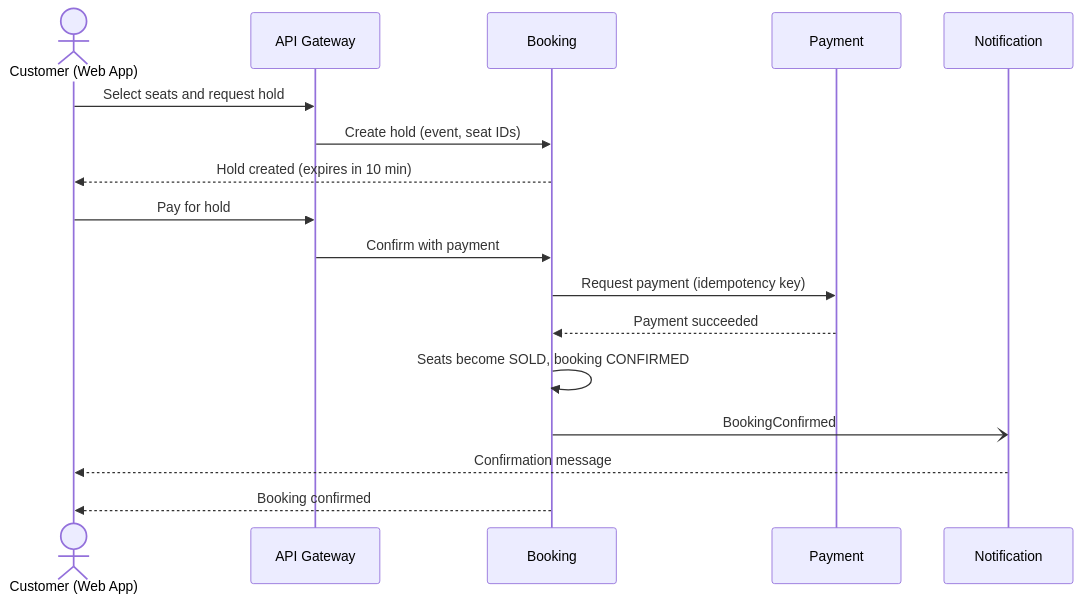
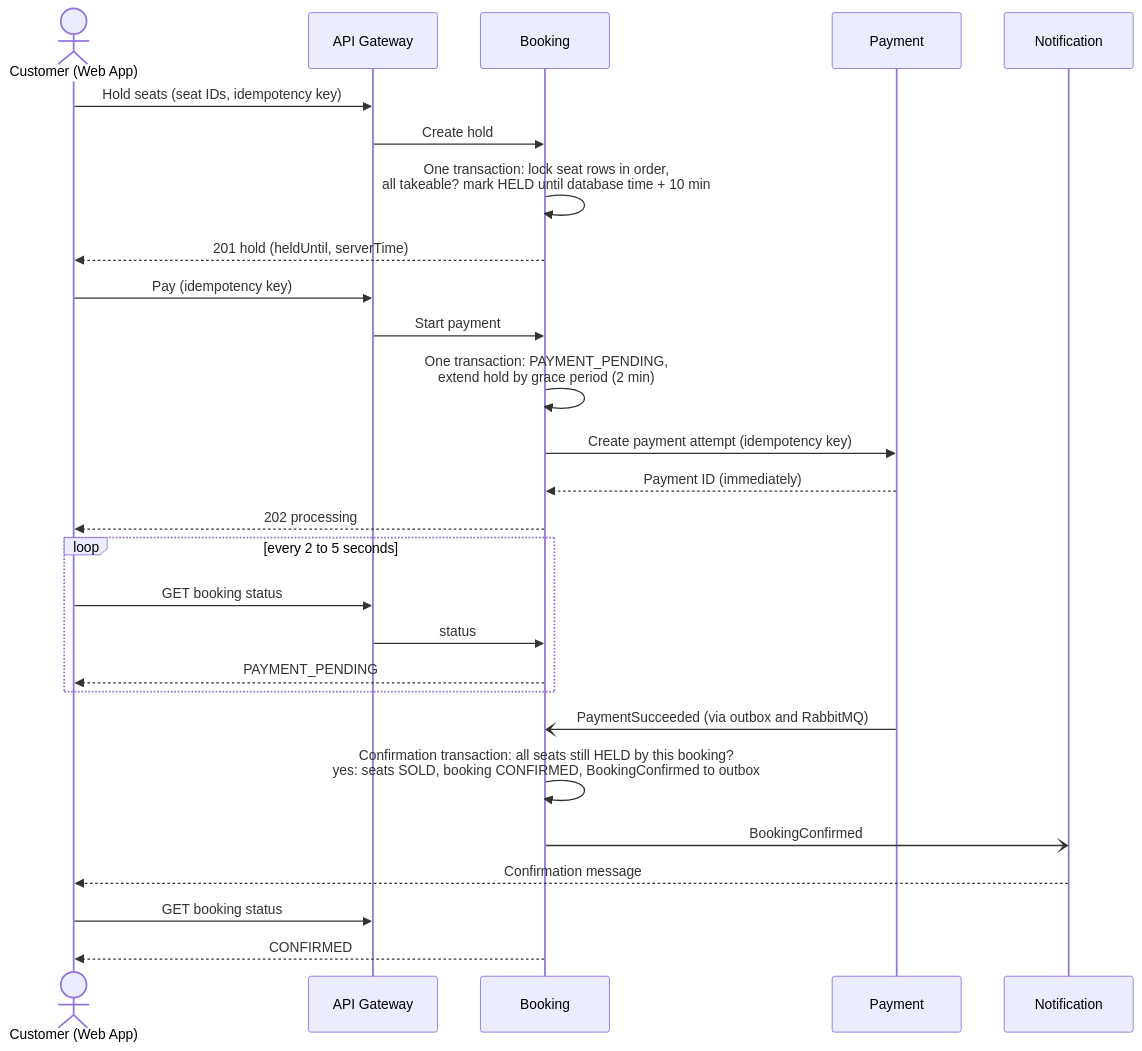
One commit to Saidkxon/ticketflow changed the third of 3 diagrams in docs/architecture/01-system-context-and-containers.md. Above: the diagram before and after it, drawn with Mermaid. The commit also changed other lines of this file and 5 other files, not shown here.

Commit message:
docs: consolidation fixes across ADRs, charter v1.1, architecture v2

````diff
--- a/docs/architecture/01-system-context-and-containers.md
+++ b/docs/architecture/01-system-context-and-containers.md
@@ -99,20 +109,30 @@
 ```mermaid
 sequenceDiagram
     actor C as Customer (Web App)
     participant G as API Gateway
     participant B as Booking
     participant P as Payment
     participant N as Notification
 
-    C->>G: Select seats and request hold
-    G->>B: Create hold (event, seat IDs)
-    B-->>C: Hold created (expires in 10 min)
-    C->>G: Pay for hold
-    G->>B: Confirm with payment
-    B->>P: Request payment (idempotency key)
-    P-->>B: Payment succeeded
-    B->>B: Seats become SOLD, booking CONFIRMED
+    C->>G: Hold seats (seat IDs, idempotency key)
+    G->>B: Create hold
+    B->>B: One transaction: lock seat rows in order,<br/>all takeable? mark HELD until database time + 10 min
+    B-->>C: 201 hold (heldUntil, serverTime)
+    C->>G: Pay (idempotency key)
+    G->>B: Start payment
+    B->>B: One transaction: PAYMENT_PENDING,<br/>extend hold by grace period (2 min)
+    B->>P: Create payment attempt (idempotency key)
+    P-->>B: Payment ID (immediately)
+    B-->>C: 202 processing
+    loop every 2 to 5 seconds
+        C->>G: GET booking status
+        G->>B: status
+        B-->>C: PAYMENT_PENDING
+    end
+    P-)B: PaymentSucceeded (via outbox and RabbitMQ)
+    B->>B: Confirmation transaction: all seats still HELD by this booking?<br/>yes: seats SOLD, booking CONFIRMED, BookingConfirmed to outbox
     B-)N: BookingConfirmed
     N-->>C: Confirmation message
-    B-->>C: Booking confirmed
+    C->>G: GET booking status
+    B-->>C: CONFIRMED
 ```
````
